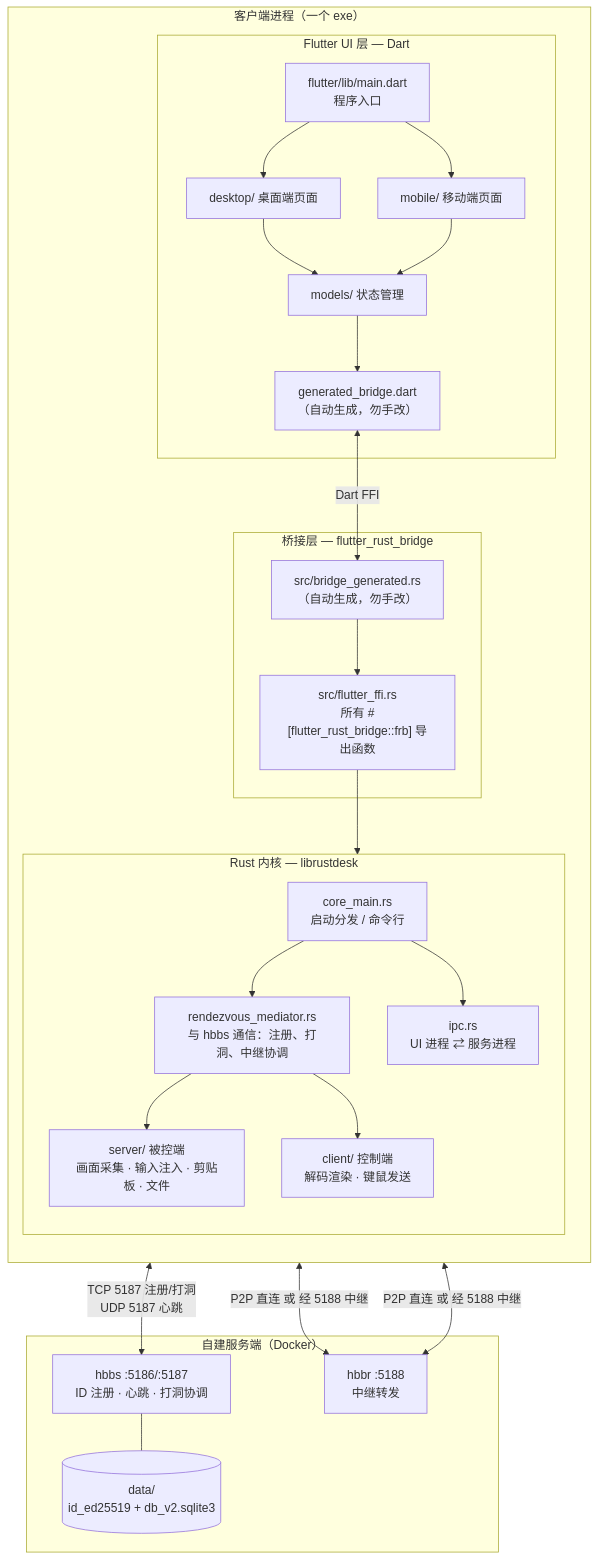
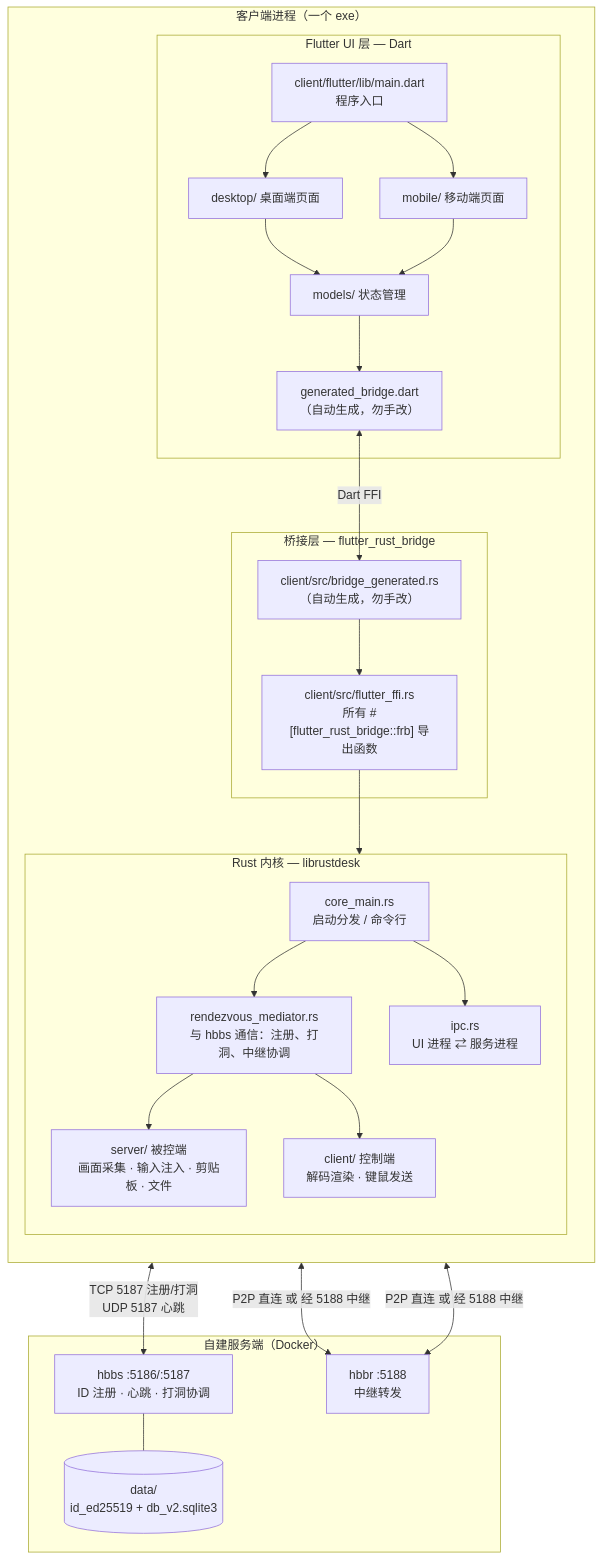
The first of 4 diagrams in docs/01-architecture.md (liaozhimingandy/wedesk), drawn with Mermaid before and after one commit. The commit also changed other lines of this file and 17 other files, not shown here.

````diff
--- a/docs/01-architecture.md
+++ b/docs/01-architecture.md
@@ -22,51 +22,51 @@
 ```mermaid
 flowchart TB
     subgraph CLIENT["客户端进程（一个 exe）"]
         direction TB
 
         subgraph UI["Flutter UI 层 — Dart"]
-            MAIN["flutter/lib/main.dart<br/>程序入口"]
+            MAIN["client/flutter/lib/main.dart<br/>程序入口"]
             DESK["desktop/ 桌面端页面"]
             MOB["mobile/ 移动端页面"]
             MODELS["models/ 状态管理"]
             GEN_DART["generated_bridge.dart<br/>（自动生成，勿手改）"]
             MAIN --> DESK
             MAIN --> MOB
             DESK --> MODELS
             MOB --> MODELS
             MODELS --> GEN_DART
         end
 
         subgraph BRIDGE["桥接层 — flutter_rust_bridge"]
-            FFI["src/flutter_ffi.rs<br/>所有 #[flutter_rust_bridge::frb] 导出函数"]
-            GEN_RS["src/bridge_generated.rs<br/>（自动生成，勿手改）"]
+            FFI["client/src/flutter_ffi.rs<br/>所有 #[flutter_rust_bridge::frb] 导出函数"]
+            GEN_RS["client/src/bridge_generated.rs<br/>（自动生成，勿手改）"]
         end
 
         subgraph CORE["Rust 内核 — librustdesk"]
             CM["core_main.rs<br/>启动分发 / 命令行"]
             REN["rendezvous_mediator.rs<br/>与 hbbs 通信：注册、打洞、中继协调"]
             SRV["server/ 被控端<br/>画面采集 · 输入注入 · 剪贴板 · 文件"]
             CLI["client/ 控制端<br/>解码渲染 · 键鼠发送"]
             IPC["ipc.rs<br/>UI 进程 ⇄ 服务进程"]
             CM --> REN
             REN --> SRV
             REN --> CLI
             CM --> IPC
         end
     end
 
     GEN_DART <-->|"Dart FFI"| GEN_RS
     GEN_RS --> FFI
     FFI --> CORE
 
     subgraph SERVER["自建服务端（Docker）"]
         HBBS["hbbs :5186/:5187<br/>ID 注册 · 心跳 · 打洞协调"]
         HBBR["hbbr :5188<br/>中继转发"]
         DB[("data/<br/>id_ed25519 + db_v2.sqlite3")]
         HBBS --- DB
     end
 
     REN <-->|"TCP 5187 注册/打洞<br/>UDP 5187 心跳"| HBBS
     SRV <-->|"P2P 直连 或 经 5188 中继"| HBBR
     CLI <-->|"P2P 直连 或 经 5188 中继"| HBBR
 ```
````
